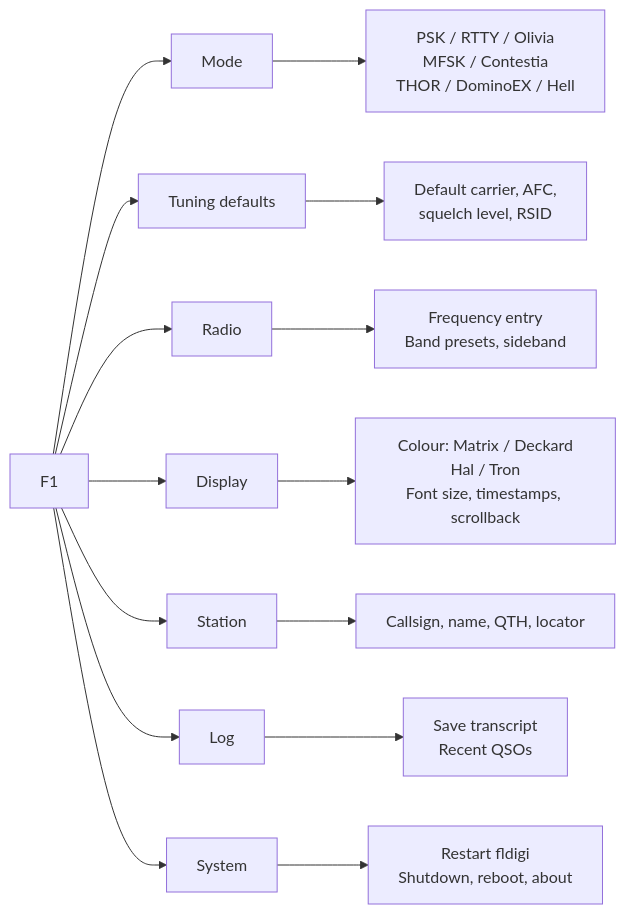
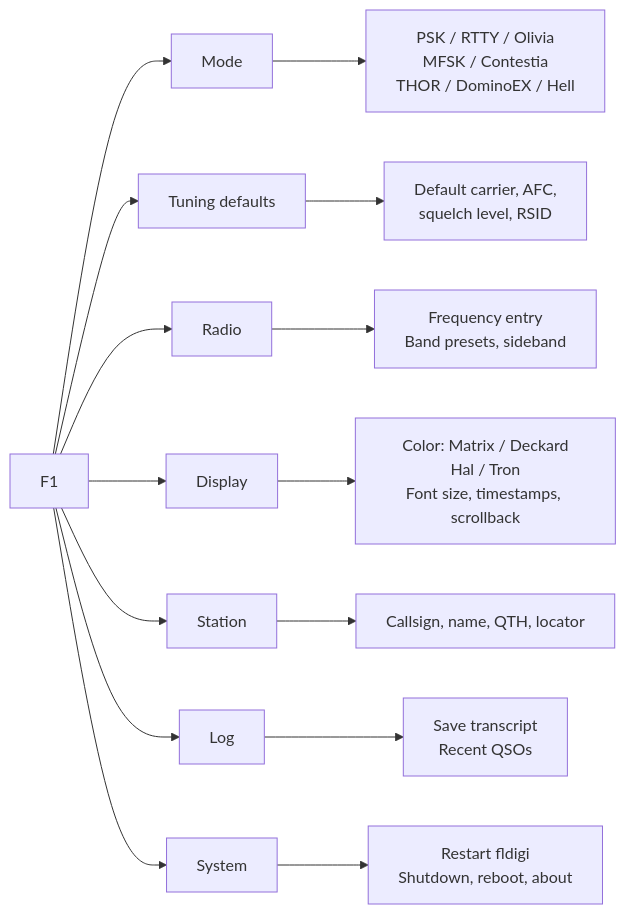
One commit to hatandspecs/keyboard-to-keyboard-cyberdeck changed the second of 2 diagrams in design_doc.md. Above: the diagram before and after it, drawn with Mermaid. The commit also changed other lines of this file and 26 other files, not shown here.

````diff
--- a/design_doc.md
+++ b/design_doc.md
@@ -300,17 +300,17 @@
 ```mermaid
 flowchart LR
   F1["F1"] --> M1["Mode"]
   F1 --> M2["Tuning defaults"]
   F1 --> M3["Radio"]
   F1 --> M4["Display"]
   F1 --> M5["Station"]
   F1 --> M6["Log"]
   F1 --> M7["System"]
   M1 --> M1a["PSK / RTTY / Olivia<br/>MFSK / Contestia<br/>THOR / DominoEX / Hell"]
   M2 --> M2a["Default carrier, AFC,<br/>squelch level, RSID"]
   M3 --> M3a["Frequency entry<br/>Band presets, sideband"]
-  M4 --> M4a["Colour: Matrix / Deckard<br/>Hal / Tron<br/>Font size, timestamps, scrollback"]
+  M4 --> M4a["Color: Matrix / Deckard<br/>Hal / Tron<br/>Font size, timestamps, scrollback"]
   M5 --> M5a["Callsign, name, QTH, locator"]
   M6 --> M6a["Save transcript<br/>Recent QSOs"]
   M7 --> M7a["Restart fldigi<br/>Shutdown, reboot, about"]
 ```
````
